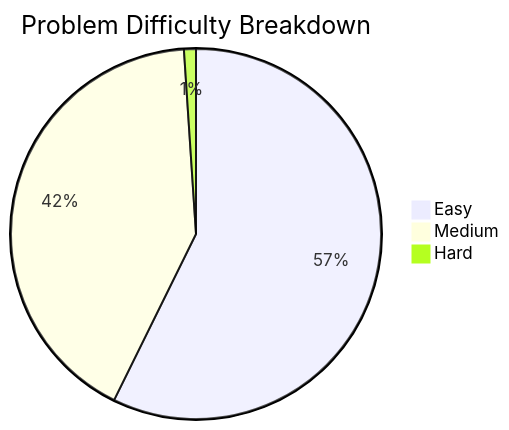
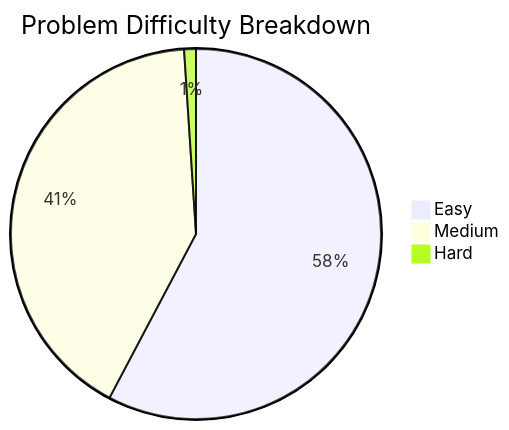
One commit to vivekkushwahaofficial/leetcode-solutions changed the diagram in stats/progress.md. Above: the diagram before and after it, drawn with Mermaid. The commit also changed other lines of this file and 8 other files, not shown here.

````diff
--- a/stats/progress.md
+++ b/stats/progress.md
@@ -18,6 +18,6 @@
 ```mermaid
 pie title Problem Difficulty Breakdown
-    "Easy" : 55
+    "Easy" : 56
     "Medium" : 40
     "Hard" : 1
 ```
````
